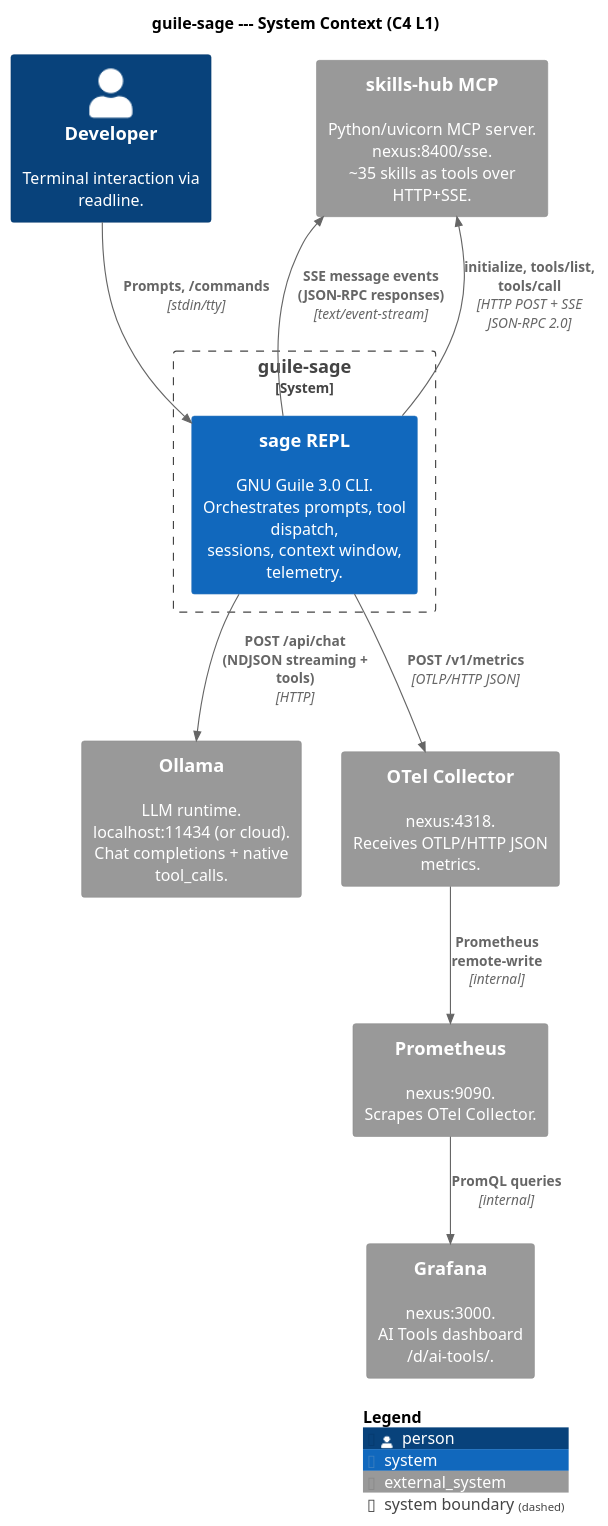
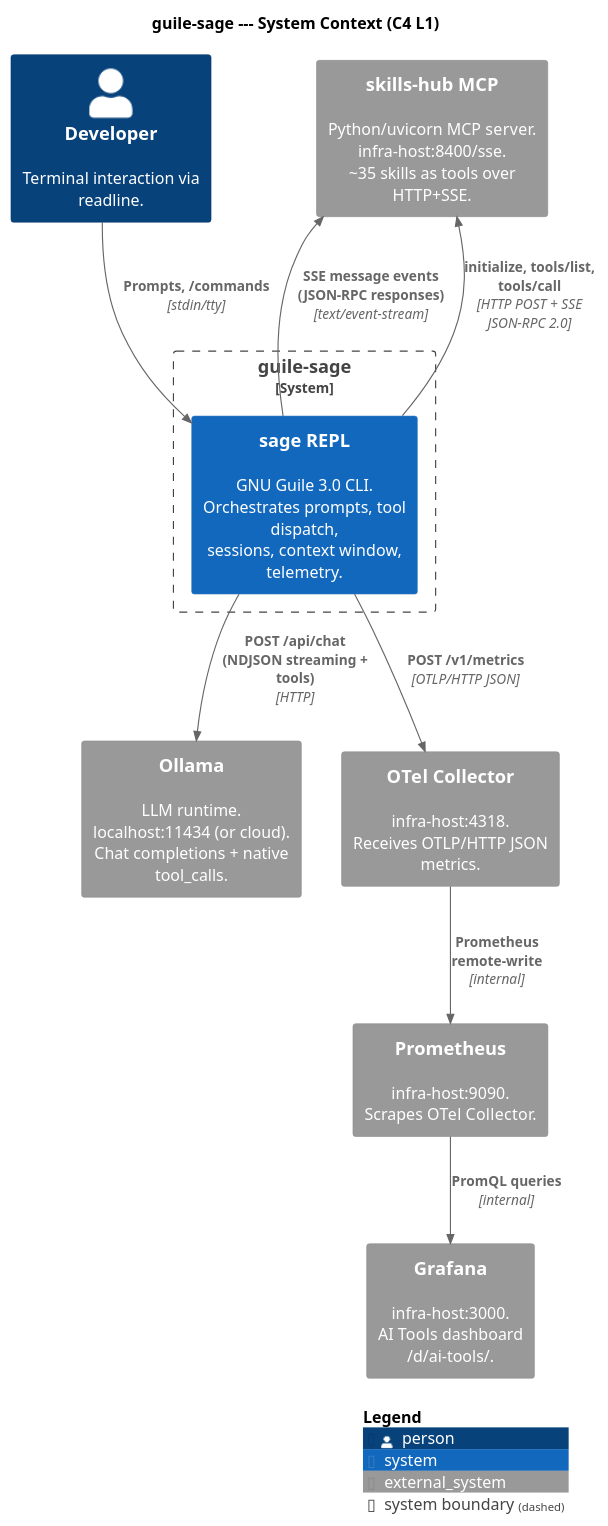
The first of 5 diagrams in docs/ARCHITECTURE.org (dsp-dr/guile-sage), drawn with PlantUML before and after one commit. The commit also changed other lines of this file and 17 other files, not shown here.

```diff
--- a/docs/ARCHITECTURE.org
+++ b/docs/ARCHITECTURE.org
@@ -9,33 +9,33 @@
 #+BEGIN_SRC plantuml :file images/arch-c4-l1.png
 @startuml arch-c4-l1
 !include https://raw.githubusercontent.com/plantuml-stdlib/C4-PlantUML/master/C4_Context.puml
 
 title guile-sage --- System Context (C4 L1)
 
 Person(user, "Developer", "Terminal interaction via readline.")
 
 System_Boundary(sage_boundary, "guile-sage") {
   System(sage, "sage REPL", "GNU Guile 3.0 CLI.\nOrchestrates prompts, tool dispatch,\nsessions, context window, telemetry.")
 }
 
 System_Ext(ollama, "Ollama", "LLM runtime.\nlocalhost:11434 (or cloud).\nChat completions + native tool_calls.")
 
-System_Ext(skills_hub, "skills-hub MCP", "Python/uvicorn MCP server.\nnexus:8400/sse.\n~35 skills as tools over HTTP+SSE.")
+System_Ext(skills_hub, "skills-hub MCP", "Python/uvicorn MCP server.\ninfra-host:8400/sse.\n~35 skills as tools over HTTP+SSE.")
 
-System_Ext(otel, "OTel Collector", "nexus:4318.\nReceives OTLP/HTTP JSON metrics.")
+System_Ext(otel, "OTel Collector", "infra-host:4318.\nReceives OTLP/HTTP JSON metrics.")
 
-System_Ext(prometheus, "Prometheus", "nexus:9090.\nScrapes OTel Collector.")
+System_Ext(prometheus, "Prometheus", "infra-host:9090.\nScrapes OTel Collector.")
 
-System_Ext(grafana, "Grafana", "nexus:3000.\nAI Tools dashboard /d/ai-tools/.")
+System_Ext(grafana, "Grafana", "infra-host:3000.\nAI Tools dashboard /d/ai-tools/.")
 
 Rel(user, sage, "Prompts, /commands", "stdin/tty")
 Rel(sage, ollama, "POST /api/chat\n(NDJSON streaming + tools)", "HTTP")
 Rel(sage, skills_hub, "initialize, tools/list, tools/call", "HTTP POST + SSE\nJSON-RPC 2.0")
 Rel(sage, otel, "POST /v1/metrics", "OTLP/HTTP JSON")
 Rel(otel, prometheus, "Prometheus remote-write", "internal")
 Rel(prometheus, grafana, "PromQL queries", "internal")
 Rel_Back(skills_hub, sage, "SSE message events\n(JSON-RPC responses)", "text/event-stream")
 
 SHOW_LEGEND()
 @enduml
 #+END_SRC
```
